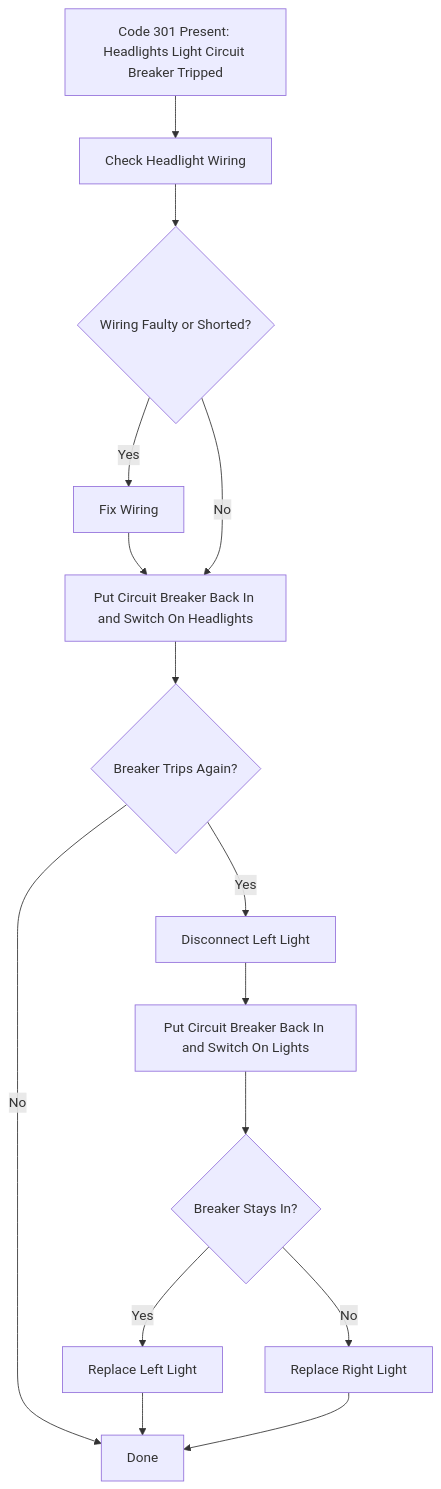
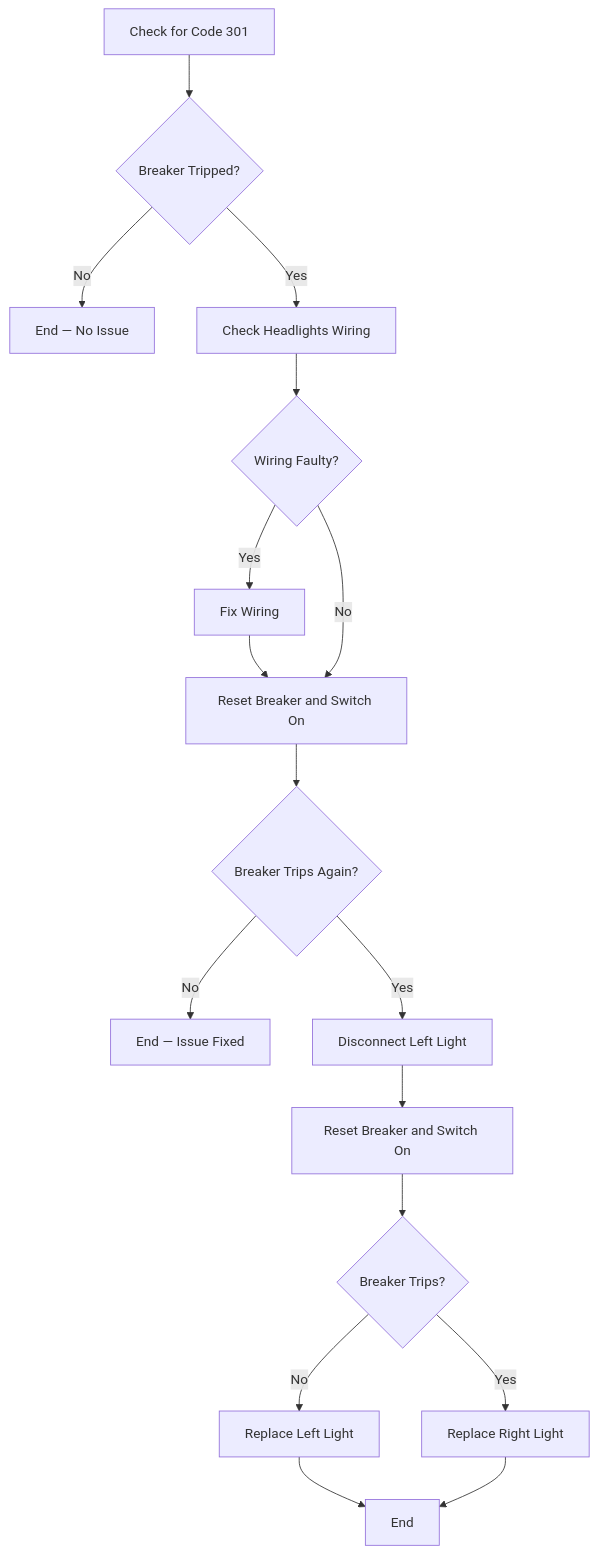
Before and after one commit to beaumanvienna/JarvisAgent: the third of 3 diagrams in example/workflows/vehicleTroubleshootingGuide_task04.md, drawn with Mermaid. The commit also changed other lines of this file and 48 other files, not shown here.

````diff
--- a/example/workflows/vehicleTroubleshootingGuide_task04.md
+++ b/example/workflows/vehicleTroubleshootingGuide_task04.md
@@ -48,17 +45,19 @@
 ```mermaid
 flowchart TD
-    A[Code 301 Present: Headlights Light Circuit Breaker Tripped] --> B[Check Headlight Wiring]
-    B --> C{Wiring Faulty or Shorted?}
-    C -- Yes --> D[Fix Wiring]
-    D --> E[Put Circuit Breaker Back In and Switch On Headlights]
-    C -- No --> E
-    E --> F{Breaker Trips Again?}
-    F -- No --> G[Done]
-    F -- Yes --> H[Disconnect Left Light]
-    H --> I[Put Circuit Breaker Back In and Switch On Lights]
-    I --> J{Breaker Stays In?}
-    J -- Yes --> K[Replace Left Light]
-    J -- No --> L[Replace Right Light]
-    K --> G
-    L --> G
+  A["Check for Code 301"] --> B{"Breaker Tripped?"}
+  B -->|"No"| C["End — No Issue"]
+  B -->|"Yes"| D["Check Headlights Wiring"]
+  D --> E{"Wiring Faulty?"}
+  E -->|"Yes"| F["Fix Wiring"]
+  F --> G["Reset Breaker and Switch On"]
+  E -->|"No"| G
+  G --> H{"Breaker Trips Again?"}
+  H -->|"No"| I["End — Issue Fixed"]
+  H -->|"Yes"| J["Disconnect Left Light"]
+  J --> K["Reset Breaker and Switch On"]
+  K --> L{"Breaker Trips?"}
+  L -->|"No"| M["Replace Left Light"]
+  L -->|"Yes"| N["Replace Right Light"]
+  M --> O["End"]
+  N --> O
 ```
````
